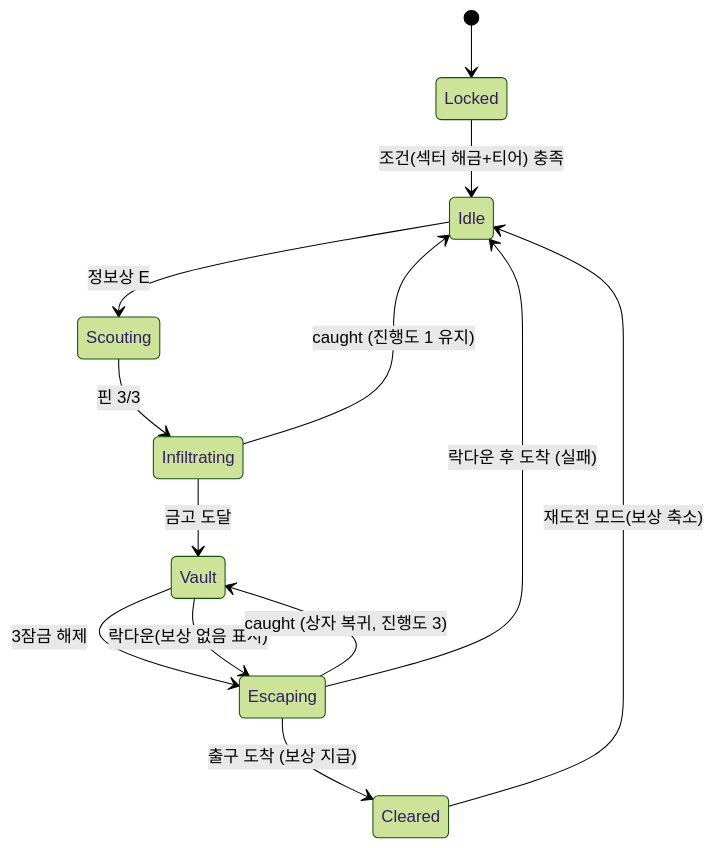
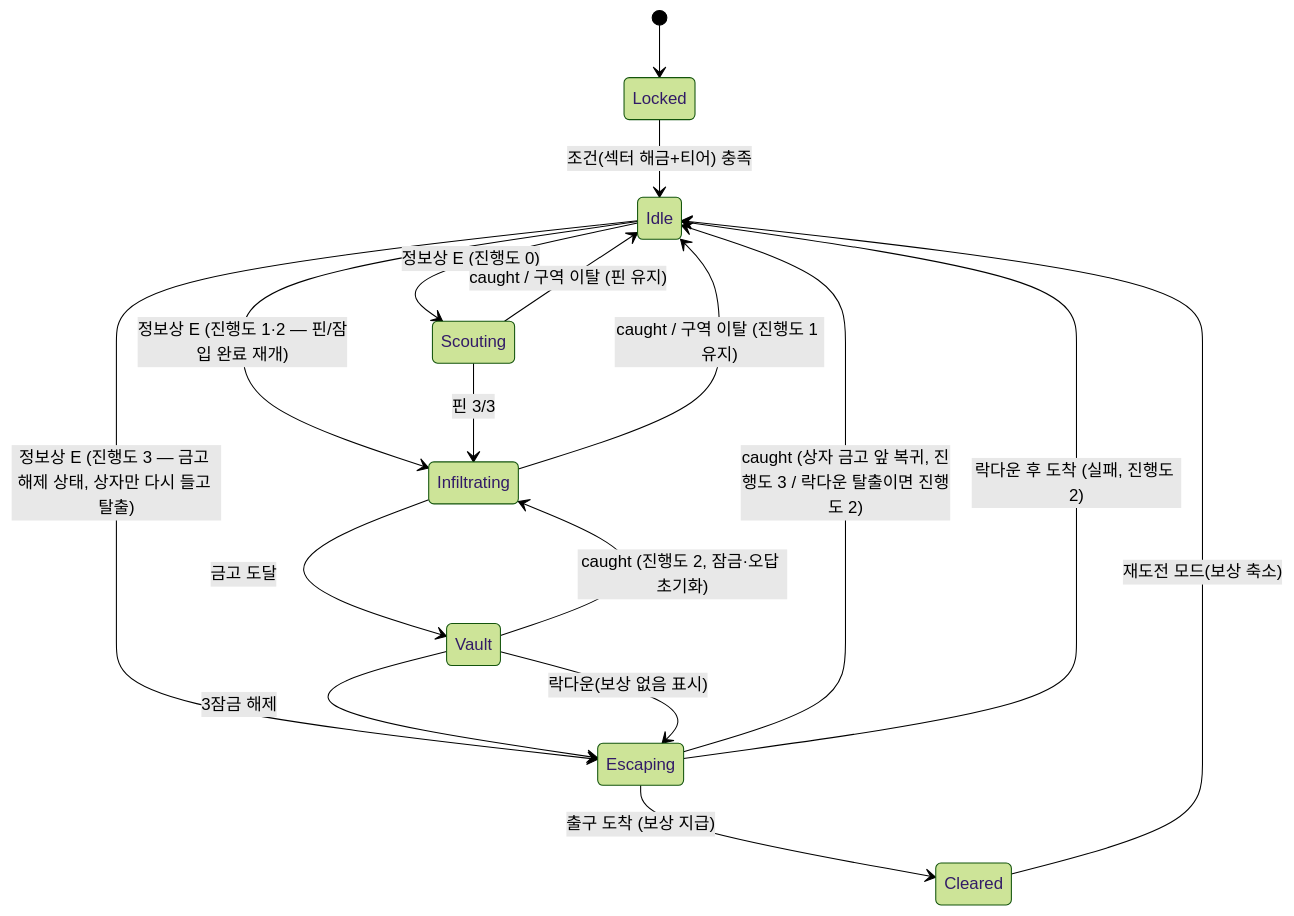
Before and after one commit to KusBeoms/science: the third of 3 diagrams in docs/GAMEPLAY_SYSTEMS.md, drawn with Mermaid (forest theme). The commit also changed other lines of this file and 4 other files, not shown here.

````diff
--- a/docs/GAMEPLAY_SYSTEMS.md
+++ b/docs/GAMEPLAY_SYSTEMS.md
@@ -229,15 +248,19 @@
 ```mermaid
 stateDiagram-v2
   [*] --> Locked
   Locked --> Idle: 조건(섹터 해금+티어) 충족
-  Idle --> Scouting: 정보상 E
+  Idle --> Scouting: 정보상 E (진행도 0)
+  Idle --> Infiltrating: 정보상 E (진행도 1·2 — 핀/잠입 완료 재개)
+  Idle --> Escaping: 정보상 E (진행도 3 — 금고 해제 상태, 상자만 다시 들고 탈출)
   Scouting --> Infiltrating: 핀 3/3
+  Scouting --> Idle: caught / 구역 이탈 (핀 유지)
   Infiltrating --> Vault: 금고 도달
-  Infiltrating --> Idle: caught (진행도 1 유지)
+  Infiltrating --> Idle: caught / 구역 이탈 (진행도 1 유지)
   Vault --> Escaping: 3잠금 해제
   Vault --> Escaping: 락다운(보상 없음 표시)
+  Vault --> Infiltrating: caught (진행도 2, 잠금·오답 초기화)
   Escaping --> Cleared: 출구 도착 (보상 지급)
-  Escaping --> Vault: caught (상자 복귀, 진행도 3)
-  Escaping --> Idle: 락다운 후 도착 (실패)
+  Escaping --> Idle: caught (상자 금고 앞 복귀, 진행도 3 / 락다운 탈출이면 진행도 2)
+  Escaping --> Idle: 락다운 후 도착 (실패, 진행도 2)
   Cleared --> Idle: 재도전 모드(보상 축소)
 ```
````
